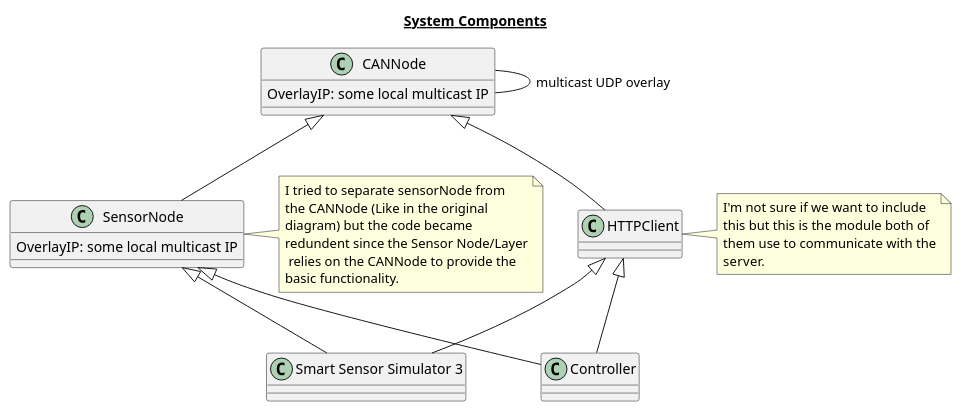
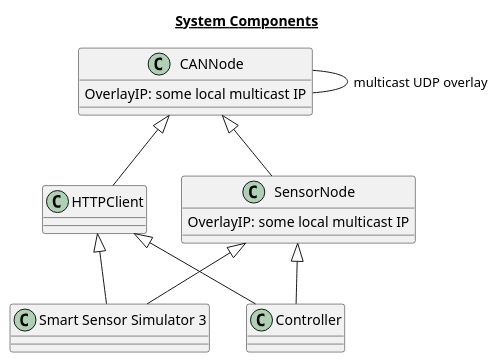
Before and after one commit to SystemsCyber/Software-Defined-Truck: the first of 7 diagrams in Doc/Documentation.md, drawn with PlantUML. The commit also changed other lines of this file and 6 other files, not shown here.

Commit message:
not sure where I am at with stuff

````diff
--- a/Doc/Documentation.md
+++ b/Doc/Documentation.md
@@ -15,23 +15,21 @@
 ```plantuml
 @startuml
 title <u> System Components</u>
 class "Smart Sensor Simulator 3" as SSSF
 class Controller
 class HTTPClient
-note right of HTTPClient: I'm not sure if we want to include\nthis but this is the module both of\nthem use to communicate with the\nserver.
 class CANNode{
     OverlayIP: some local multicast IP
 }
 class SensorNode{
     OverlayIP: some local multicast IP
 }
-note right of SensorNode: I tried to separate sensorNode from\nthe CANNode (Like in the original\ndiagram) but the code became\nredundent since the Sensor Node/Layer\n relies on the CANNode to provide the\nbasic functionality.
 CANNode <|-d- SensorNode
 CANNode <|-d- HTTPClient
 HTTPClient <|-d- Controller
 HTTPClient <|-d- SSSF
 SensorNode <|-d- Controller
 SensorNode <|-d- SSSF
 CANNode -- CANNode: multicast UDP overlay
 @enduml
 ```
````
